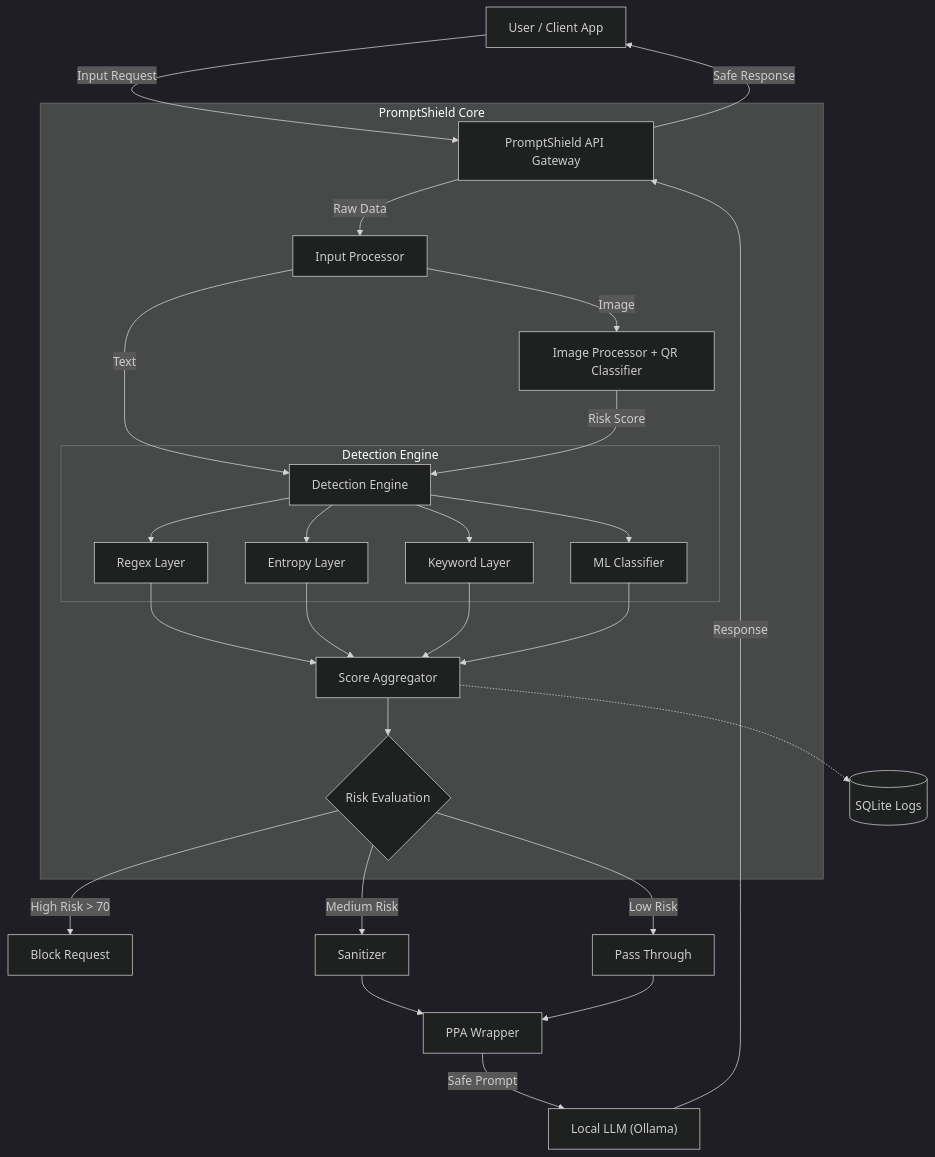
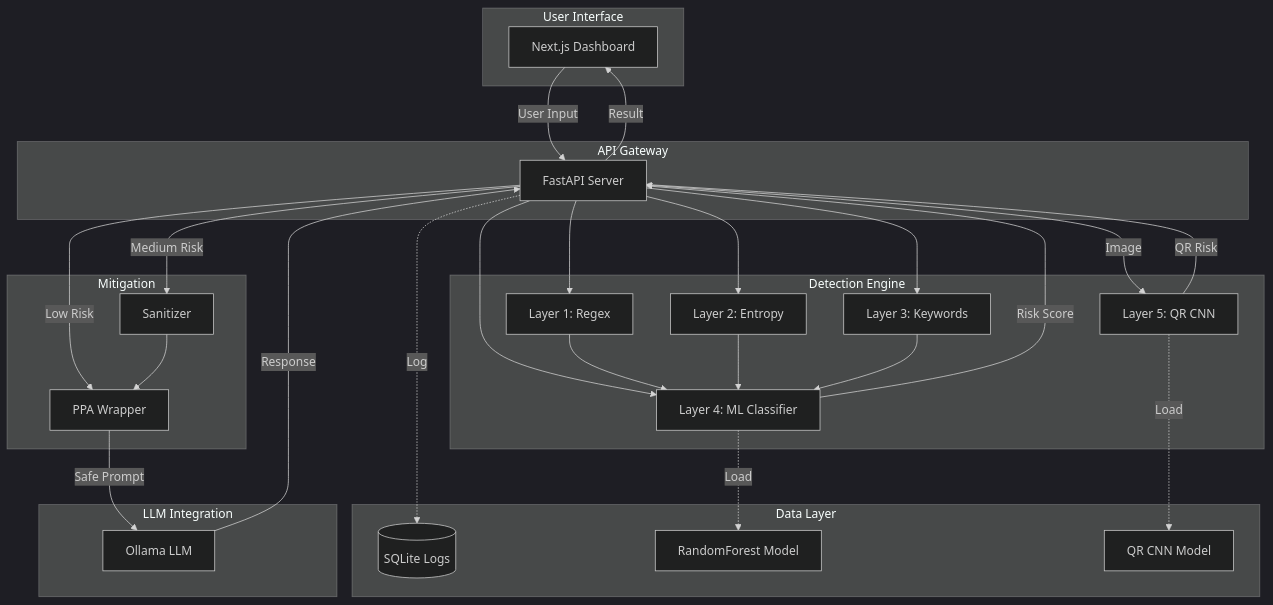
The first of 2 diagrams in README.md (prabujayant/LLM-safety-gateway), drawn with Mermaid (dark theme) before and after one commit. The commit also changed other lines of this file, not shown here.

Commit message:
docs: Add comprehensive README with architecture, methodology, results, and references

````diff
--- a/README.md
+++ b/README.md
@@ -51,35 +153,53 @@
 ```mermaid
-graph TD
-    User[User / Client App] -->|Input Request| API[PromptShield API Gateway]
-    
-    subgraph "PromptShield Core"
-        API -->|Raw Data| Processor[Input Processor]
-        
-        Processor -->|Text| DE[Detection Engine]
-        Processor -->|Image| IMG[Image Processor + QR Classifier]
-        IMG -->|Risk Score| DE
-        
-        subgraph "Detection Engine"
-            DE --> L1[Regex Layer]
-            DE --> L2[Entropy Layer]
-            DE --> L3[Keyword Layer]
-            DE --> L4[ML Classifier]
-        end
-        
-        L1 & L2 & L3 & L4 --> Aggregator[Score Aggregator]
-        Aggregator --> Decision{Risk Evaluation}
+graph TB
+    subgraph "User Interface"
+        UI[Next.js Dashboard]
     end
     
-    Decision -->|High Risk > 70| Block[Block Request]
-    Decision -->|Medium Risk| Sanitize[Sanitizer]
-    Decision -->|Low Risk| Pass[Pass Through]
+    subgraph "API Gateway"
+        API[FastAPI Server]
+    end
     
-    Sanitize --> PPA[PPA Wrapper]
-    Pass --> PPA
+    subgraph "Detection Engine"
+        L1[Layer 1: Regex]
+        L2[Layer 2: Entropy]
+        L3[Layer 3: Keywords]
+        L4[Layer 4: ML Classifier]
+        L5[Layer 5: QR CNN]
+    end
     
-    PPA -->|Safe Prompt| LLM["Local LLM (Ollama)"]
-    LLM -->|Response| API
-    API -->|Safe Response| User
+    subgraph "Mitigation"
+        SAN[Sanitizer]
+        PPA[PPA Wrapper]
+    end
     
-    Aggregator -.-> DB[(SQLite Logs)]
+    subgraph "Data Layer"
+        DB[(SQLite Logs)]
+        ML_MODEL[RandomForest Model]
+        CNN_MODEL[QR CNN Model]
+    end
+    
+    subgraph "LLM Integration"
+        OLLAMA[Ollama LLM]
+    end
+    
+    UI -->|User Input| API
+    API --> L1 & L2 & L3 & L4
+    API -->|Image| L5
+    
+    L1 & L2 & L3 --> L4
+    L4 -->|Risk Score| API
+    L5 -->|QR Risk| API
+    
+    API -->|Medium Risk| SAN
+    API -->|Low Risk| PPA
+    SAN --> PPA
+    
+    PPA -->|Safe Prompt| OLLAMA
+    OLLAMA -->|Response| API
+    API -->|Result| UI
+    
+    API -.->|Log| DB
+    L4 -.->|Load| ML_MODEL
+    L5 -.->|Load| CNN_MODEL
 ```
````
